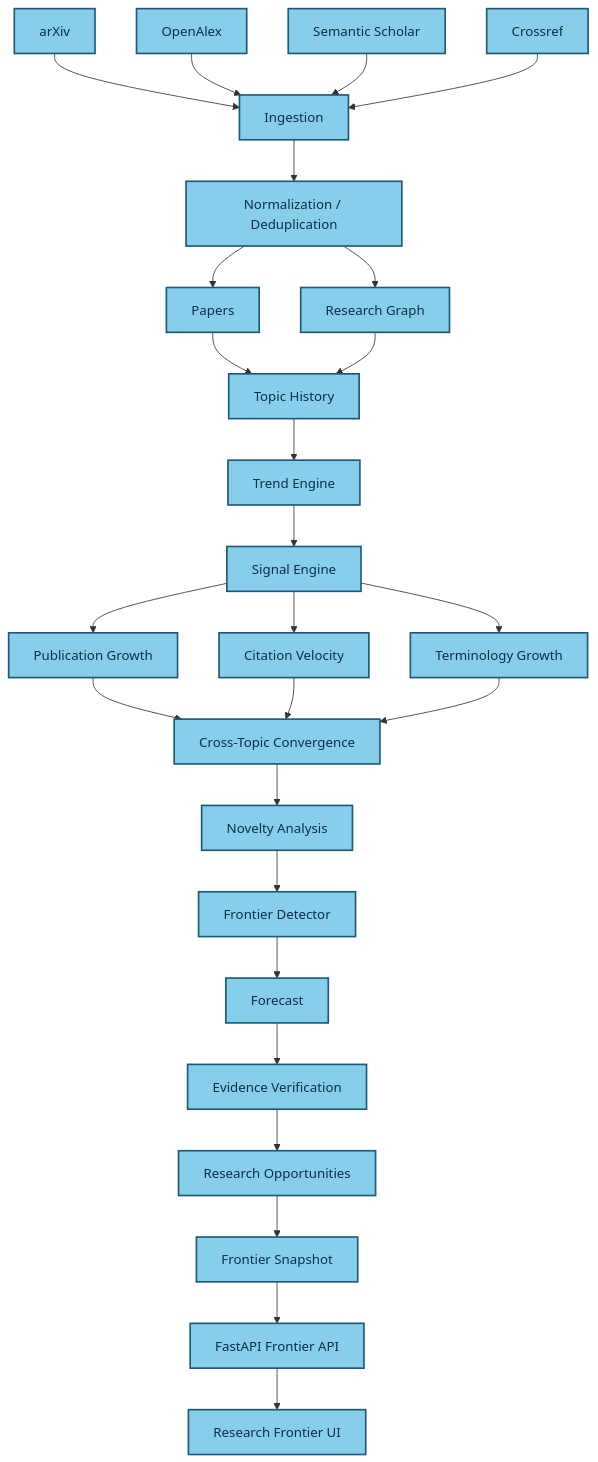
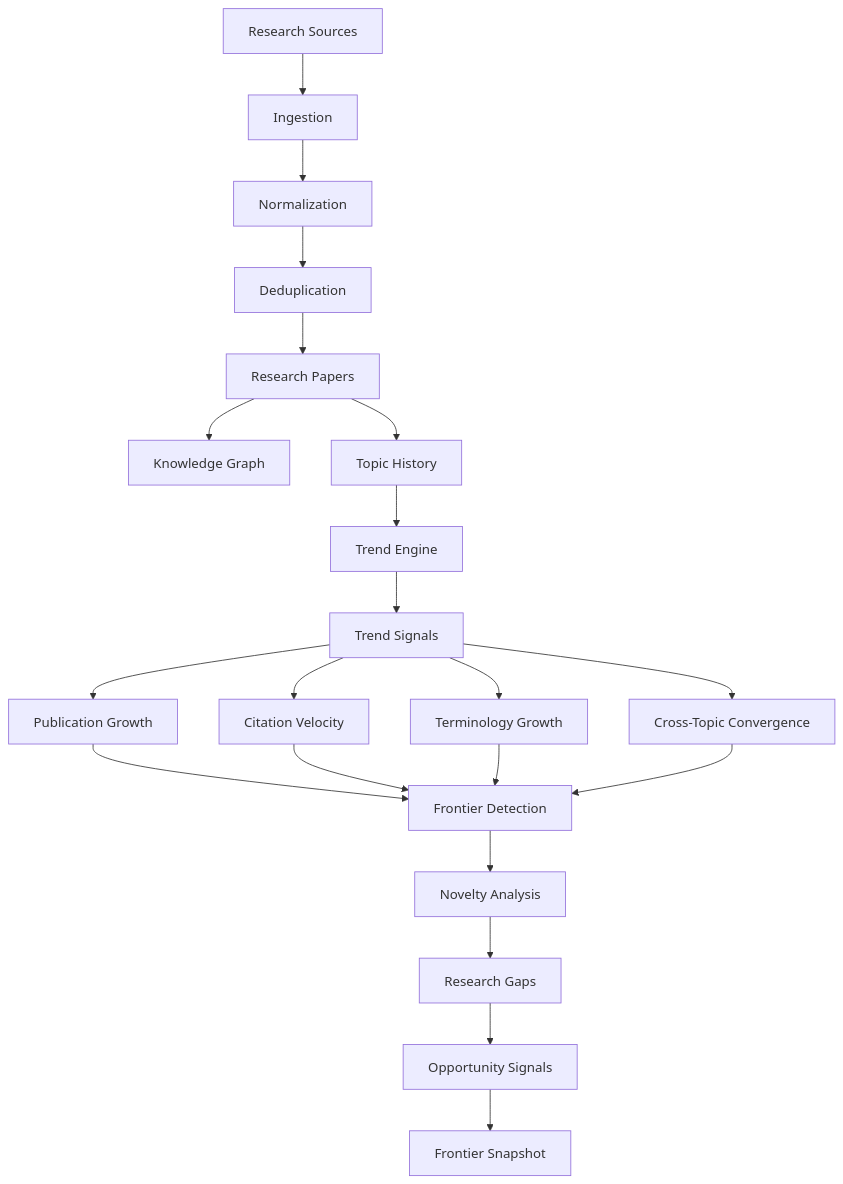
Before and after one commit to garimakumari44/ai_research_assistant: the second of 2 diagrams in README.md, drawn with Mermaid. The commit also changed other lines of this file, not shown here.

Commit message:
docs: update AI research assistant README

````diff
--- a/README.md
+++ b/README.md
@@ -1044,70 +686,28 @@
 ```mermaid
 flowchart TD
+    A[Research Sources] --> B[Ingestion]
+    B --> C[Normalization]
+    C --> D[Deduplication]
+    D --> E[Research Papers]
 
-    A[arXiv]
-    O[OpenAlex]
-    S[Semantic Scholar]
-    C[Crossref]
+    E --> F[Knowledge Graph]
+    E --> G[Topic History]
 
-    I[Ingestion]
-    N[Normalization / Deduplication]
-    P[Papers]
+    G --> H[Trend Engine]
+    H --> I[Trend Signals]
 
-    G[Research Graph]
-    H[Topic History]
-    T[Trend Engine]
-    SE[Signal Engine]
+    I --> J[Publication Growth]
+    I --> K[Citation Velocity]
+    I --> L[Terminology Growth]
+    I --> M[Cross-Topic Convergence]
 
-    PG[Publication Growth]
-    CV[Citation Velocity]
-    TG[Terminology Growth]
+    J --> N[Frontier Detection]
+    K --> N
+    L --> N
+    M --> N
 
-    CONV[Cross-Topic Convergence]
-    NOV[Novelty Analysis]
-    FD[Frontier Detector]
-    F[Forecast]
-
-    V[Evidence Verification]
-    RO[Research Opportunities]
-    FS[Frontier Snapshot]
-
-    API[FastAPI Frontier API]
-    UI[Research Frontier UI]
-
-    A --> I
-    O --> I
-    S --> I
-    C --> I
-
-    I --> N
-    N --> P
-    N --> G
-
-    P --> H
-    G --> H
-
-    H --> T
-    T --> SE
-
-    SE --> PG
-    SE --> CV
-    SE --> TG
-
-    PG --> CONV
-    CV --> CONV
-    TG --> CONV
-
-    CONV --> NOV
-    NOV --> FD
-    FD --> F
-
-    F --> V
-    V --> RO
-    RO --> FS
-
-    FS --> API
-    API --> UI
-
-    classDef sky fill:#87CEEB,stroke:#1E5A78,color:#082F49,stroke-width:2px;
-    class A,O,S,C,I,N,P,G,H,T,SE,PG,CV,TG,CONV,NOV,FD,F,V,RO,FS,API,UI sky;
+    N --> O[Novelty Analysis]
+    O --> P[Research Gaps]
+    P --> Q[Opportunity Signals]
+    Q --> R[Frontier Snapshot]
 ```
````
